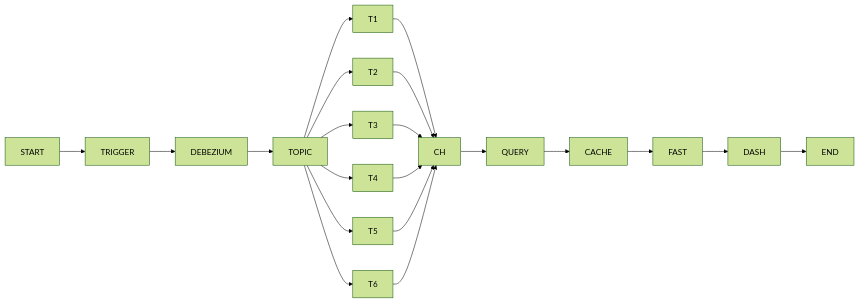
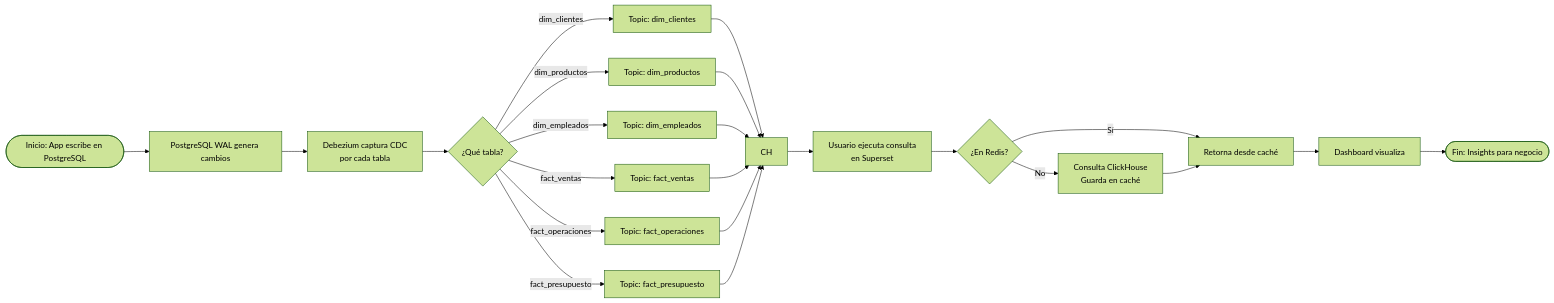
Before and after one commit to danitorey/superset_generico: the second of 3 diagrams in README.md, drawn with Mermaid (forest theme). The commit also changed other lines of this file, not shown here.

````diff
--- a/README.md
+++ b/README.md
@@ -63,9 +69,31 @@
 ```mermaid
 flowchart LR
-    START --> TRIGGER --> DEBEZIUM --> TOPIC
-    TOPIC --> T1 & T2 & T3 & T4 & T5 & T6
-    T1 & T2 & T3 & T4 & T5 & T6 --> CH
-    CH --> QUERY --> CACHE
-    CACHE --> FAST
-    FAST --> DASH --> END
+    START([Inicio: App escribe en PostgreSQL]) --> TRIGGER[PostgreSQL WAL genera cambios]
+    TRIGGER --> DEBEZIUM[Debezium captura CDC
+por cada tabla]
+    DEBEZIUM --> TOPIC{¿Qué tabla?}
+    
+    TOPIC -->|dim_clientes| T1[Topic: dim_clientes]
+    TOPIC -->|dim_productos| T2[Topic: dim_productos]
+    TOPIC -->|dim_empleados| T3[Topic: dim_empleados]
+    TOPIC -->|fact_ventas| T4[Topic: fact_ventas]
+    TOPIC -->|fact_operaciones| T5[Topic: fact_operaciones]
+    TOPIC -->|fact_presupuesto| T6[Topic: fact_presupuesto]
+    
+    T1 --> CH
+    T2 --> CH
+    T3 --> CH
+    T4 --> CH
+    T5 --> CH
+    T6 --> CH
+    
+    CH --> QUERY[Usuario ejecuta consulta
+en Superset]
+    QUERY --> CACHE{¿En Redis?}
+    CACHE -->|Sí| FAST[Retorna desde caché]
+    CACHE -->|No| SLOW[Consulta ClickHouse
+Guarda en caché]
+    SLOW --> FAST
+    FAST --> DASH[Dashboard visualiza]
+    DASH --> END([Fin: Insights para negocio])
 ```
````
